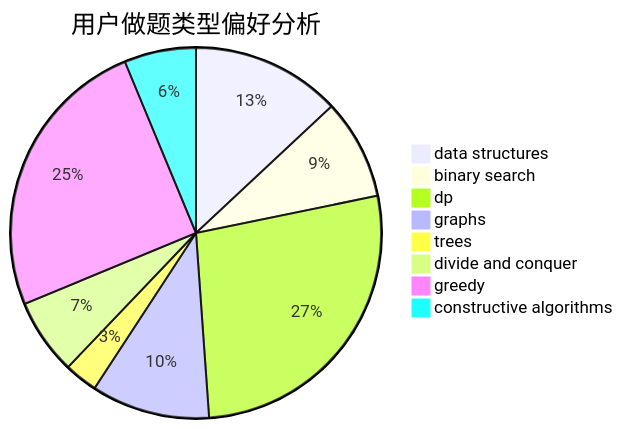
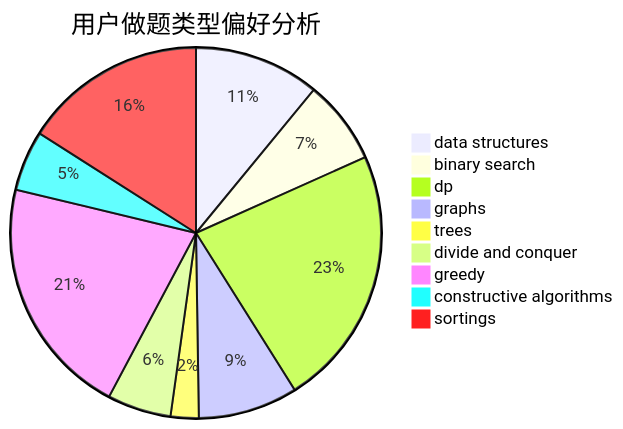
One commit to sherpahu/cfrs.github.io changed the second of 3 diagrams in docs/user/u1790.md. Above: the diagram before and after it, drawn with Mermaid. The commit also changed other lines of this file and 2769 other files, not shown here.

````diff
--- a/docs/user/u1790.md
+++ b/docs/user/u1790.md
@@ -23,11 +18,12 @@
 ```mermaid
 pie title 用户做题类型偏好分析
     "data structures" :  179
     "binary search" :  120
     "dp" :  372
     "graphs" :  142
     "trees" :  40
     "divide and conquer" :  91
     "greedy" :  343
     "constructive algorithms" :  86
+    "sortings" :  261
 ```
````
